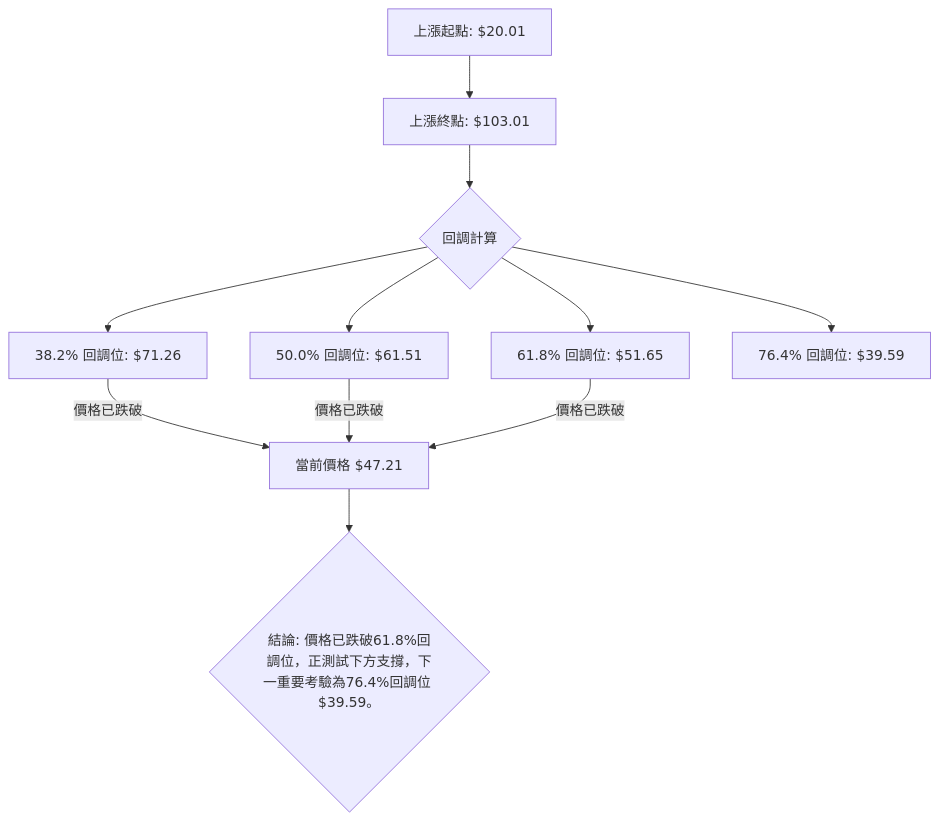
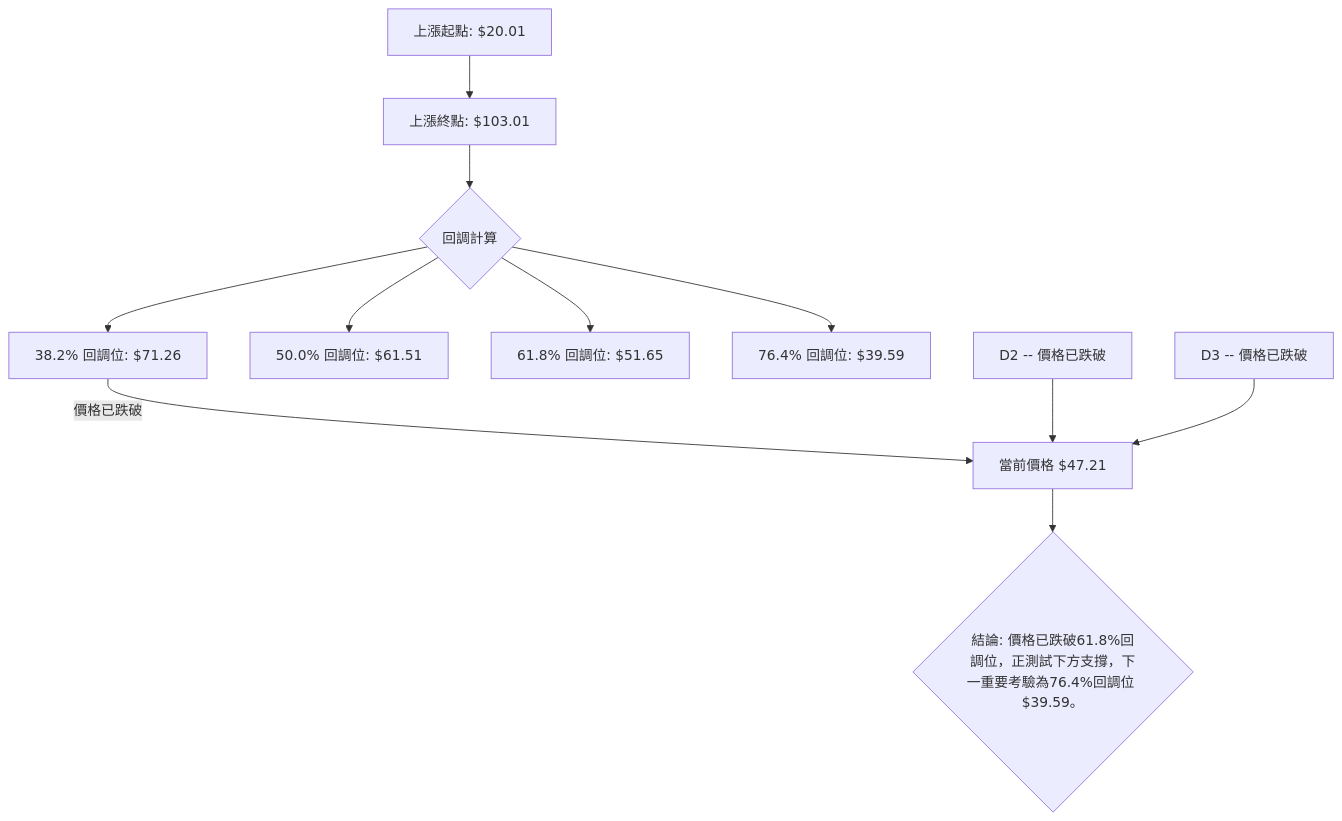
The fifth of 12 diagrams in ai_gen_report/stock/ktos/technical_analysis_2026-06-29_gemini.md (yennanliu/finance_data), drawn with Mermaid before and after one commit. The commit also changed other lines of this file and 2258 other files, not shown here.

First line of the commit message:
chore: backfill Mermaid syntax repair across existing reports

````diff
--- a/ai_gen_report/stock/ktos/technical_analysis_2026-06-29_gemini.md
+++ b/ai_gen_report/stock/ktos/technical_analysis_2026-06-29_gemini.md
@@ -337,13 +337,13 @@
 ```mermaid
 graph TD
-    A[上漲起點: $20.01] --> B[上漲終點: $103.01]
-    B --> C{回調計算}
-    C --> D1[38.2% 回調位: $71.26]
-    C --> D2[50.0% 回調位: $61.51]
-    C --> D3[61.8% 回調位: $51.65]
-    C --> D4[76.4% 回調位: $39.59]
-    D1 -- 價格已跌破 --> E[當前價格 $47.21]
-    D2 -- 價格已跌破 --> E
-    D3 -- 價格已跌破 --> E
-    E --> F{結論: 價格已跌破61.8%回調位，正測試下方支撐，下一重要考驗為76.4%回調位 $39.59。}
+    A["上漲起點: $20.01"] --> B["上漲終點: $103.01"]
+    B --> C{"回調計算"}
+    C --> D1["38.2% 回調位: $71.26"]
+    C --> D2["50.0% 回調位: $61.51"]
+    C --> D3["61.8% 回調位: $51.65"]
+    C --> D4["76.4% 回調位: $39.59"]
+    D1 -- 價格已跌破 --> E["當前價格 $47.21"]
+    nb1["D2 -- 價格已跌破"] --> E
+    nb2["D3 -- 價格已跌破"] --> E
+    E --> F{"結論: 價格已跌破61.8%回調位，正測試下方支撐，下一重要考驗為76.4%回調位 $39.59。"}
 ```
````
